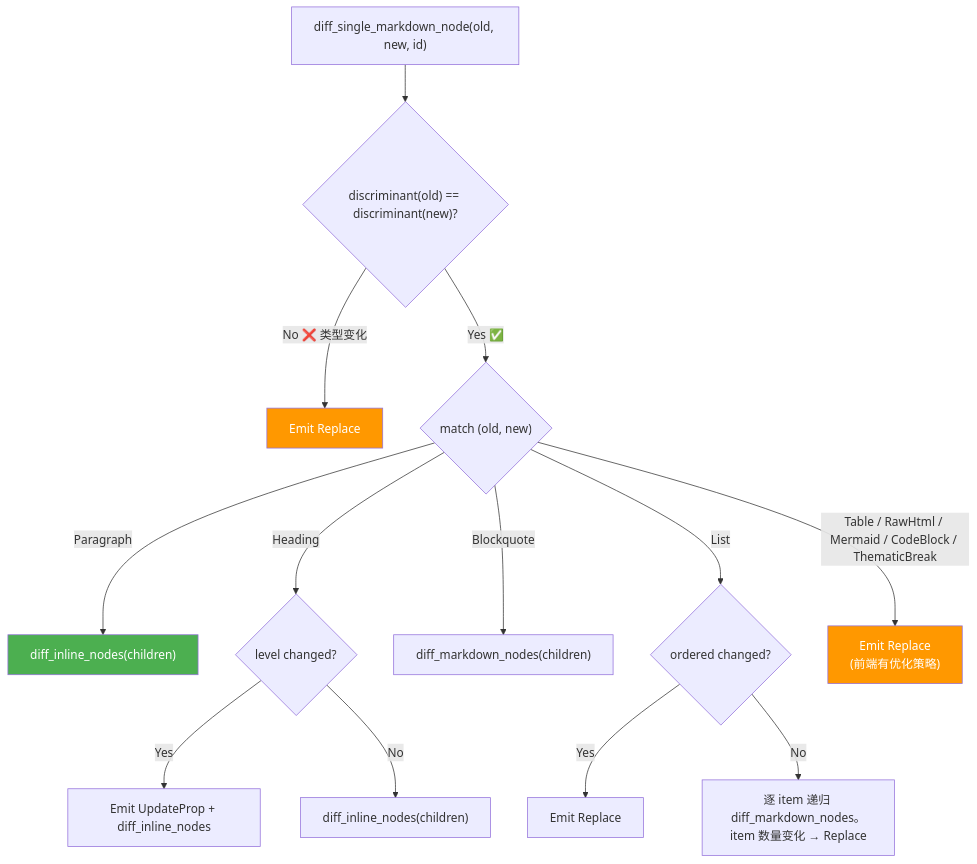
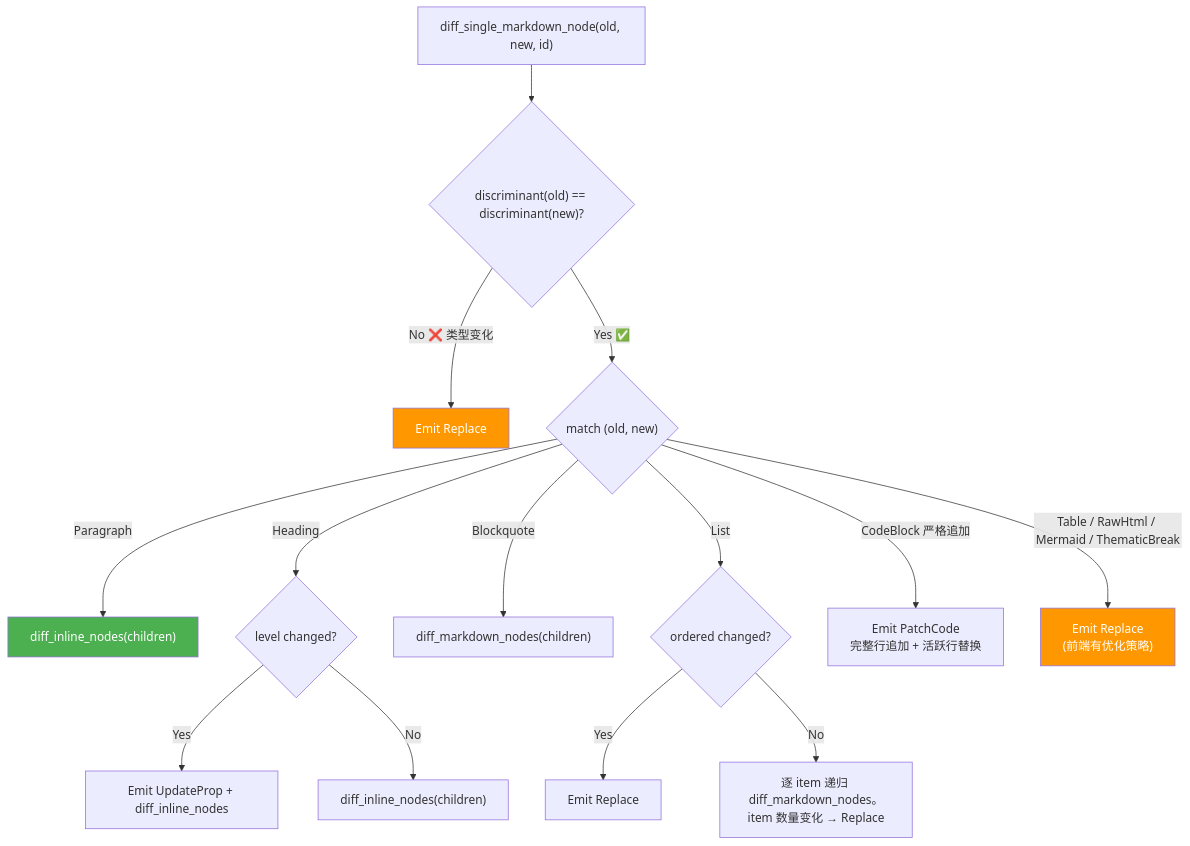
One commit to MRiecy/VCPMobile changed the fourth of 4 diagrams in docs/modules/ast-diff/02_Aurora管道Epoch体系与增量Diff算法.md. Above: the diagram before and after it, drawn with Mermaid. The commit also changed other lines of this file and 11 other files, not shown here.

````diff
--- a/docs/modules/ast-diff/02_Aurora管道Epoch体系与增量Diff算法.md
+++ b/docs/modules/ast-diff/02_Aurora管道Epoch体系与增量Diff算法.md
@@ -460,23 +459,24 @@
 ```mermaid
 flowchart TD
     Start["diff_single_markdown_node(old, new, id)"] --> DiscCheck{"discriminant(old) == discriminant(new)?"}
     DiscCheck -->|"No ❌ 类型变化"| FullReplace["Emit Replace"]
 
     DiscCheck -->|"Yes ✅"| TypeDispatch{"match (old, new)"}
 
     TypeDispatch -->|"Paragraph"| RecInline["diff_inline_nodes(children)"]
     TypeDispatch -->|"Heading"| LevelCheck{"level changed?"}
     LevelCheck -->|"Yes"| EmitProp["Emit UpdateProp + diff_inline_nodes"]
     LevelCheck -->|"No"| RecInline2["diff_inline_nodes(children)"]
 
     TypeDispatch -->|"Blockquote"| RecBlock["diff_markdown_nodes(children)"]
     TypeDispatch -->|"List"| OrderedCheck{"ordered changed?"}
     OrderedCheck -->|"Yes"| ListReplace["Emit Replace"]
     OrderedCheck -->|"No"| ItemDiff["逐 item 递归 diff_markdown_nodes。<br/>item 数量变化 → Replace"]
 
-    TypeDispatch -->|"Table / RawHtml / Mermaid / CodeBlock / ThematicBreak"| LeafReplace["Emit Replace<br/>(前端有优化策略)"]
+    TypeDispatch -->|"CodeBlock 严格追加"| CodePatch["Emit PatchCode<br/>完整行追加 + 活跃行替换"]
+    TypeDispatch -->|"Table / RawHtml / Mermaid / ThematicBreak"| LeafReplace["Emit Replace<br/>(前端有优化策略)"]
 
     style FullReplace fill:#ff9800,color:#fff
     style LeafReplace fill:#ff9800,color:#fff
     style RecInline fill:#4caf50,color:#fff
 ```
````
